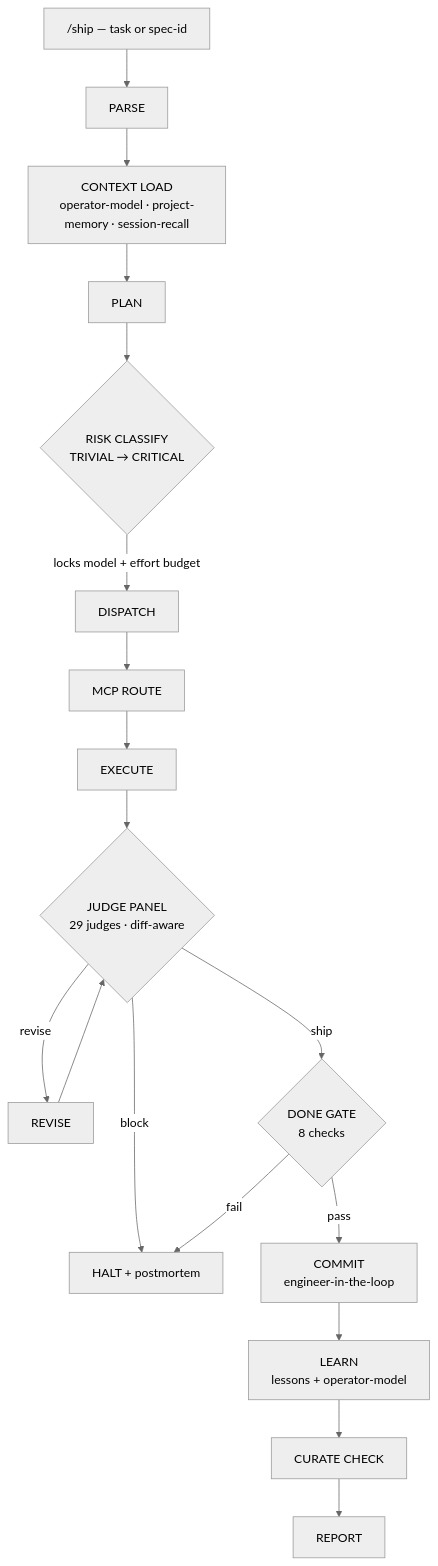
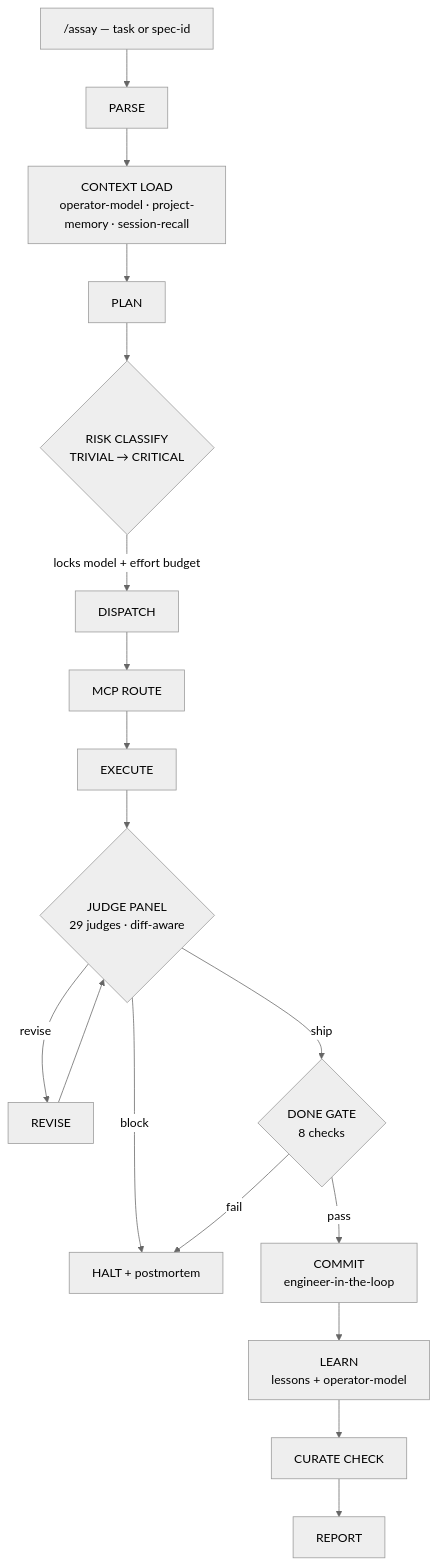
Before and after one commit to ShadyBad/assay: the diagram in README.md, drawn with Mermaid (neutral theme). The commit also changed other lines of this file and 31 other files, not shown here.

First line of the commit message:
docs(rebrand): rename product claude-ship → Assay

````diff
--- a/README.md
+++ b/README.md
@@ -20,20 +20,20 @@
 ```mermaid
 flowchart TD
-  IN["/ship — task or spec-id"] --> PARSE[PARSE]
+  IN["/assay — task or spec-id"] --> PARSE[PARSE]
   PARSE --> CTX["CONTEXT LOAD<br/>operator-model · project-memory · session-recall"]
   CTX --> PLAN[PLAN]
   PLAN --> RISK{"RISK CLASSIFY<br/>TRIVIAL → CRITICAL"}
   RISK -->|"locks model + effort budget"| DISP[DISPATCH]
   DISP --> MCP[MCP ROUTE]
   MCP --> EXEC[EXECUTE]
   EXEC --> JUDGE{"JUDGE PANEL<br/>29 judges · diff-aware"}
   JUDGE -->|revise| REV[REVISE]
   REV --> JUDGE
   JUDGE -->|block| HALT["HALT + postmortem"]
   JUDGE -->|ship| GATE{"DONE GATE<br/>8 checks"}
   GATE -->|fail| HALT
   GATE -->|pass| COMMIT["COMMIT<br/>engineer-in-the-loop"]
   COMMIT --> LEARN["LEARN<br/>lessons + operator-model"]
   LEARN --> CURATE[CURATE CHECK]
   CURATE --> REPORT[REPORT]
 ```
````
